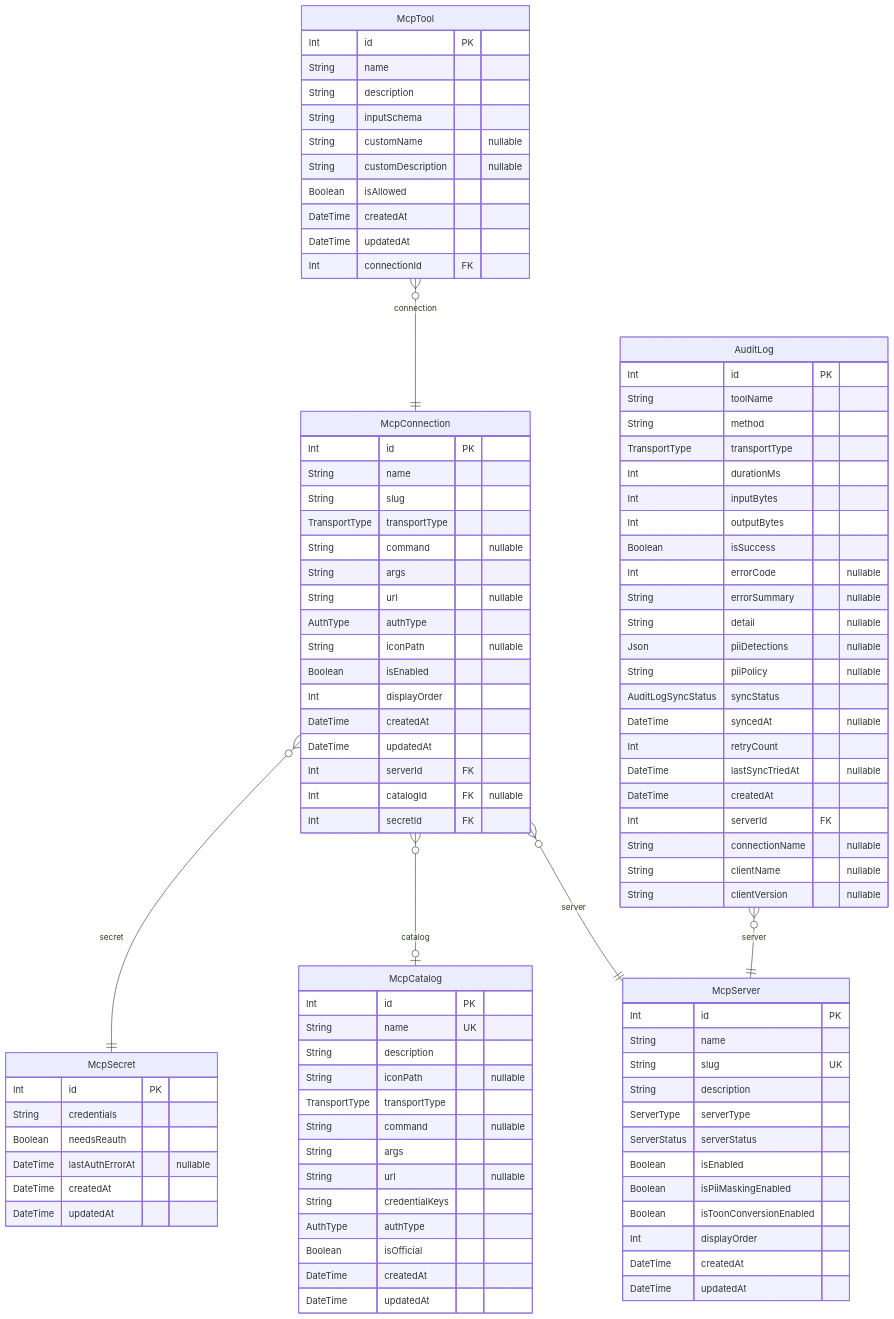
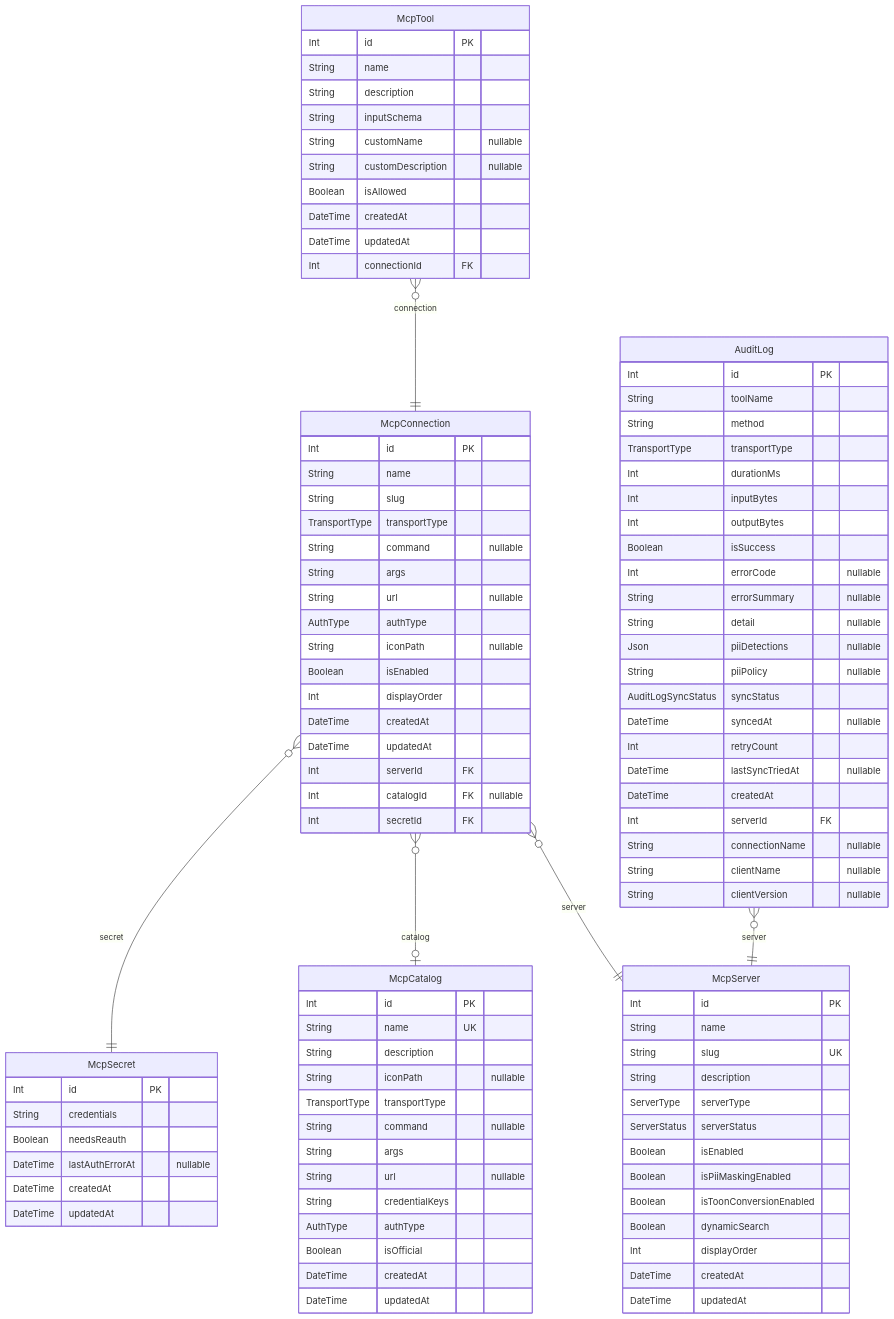
One commit to rayven122/tumiki changed the second of 3 diagrams in apps/desktop/prisma/README.md. Above: the diagram before and after it, drawn with Mermaid. The commit also changed other lines of this file and 34 other files, not shown here.

Commit message:
Add desktop dynamic tool search

```diff
--- a/apps/desktop/prisma/README.md
+++ b/apps/desktop/prisma/README.md
@@ -98,6 +98,7 @@
   Boolean isEnabled
   Boolean isPiiMaskingEnabled
   Boolean isToonConversionEnabled
+  Boolean dynamicSearch
   Int displayOrder
   DateTime createdAt
   DateTime updatedAt
```
